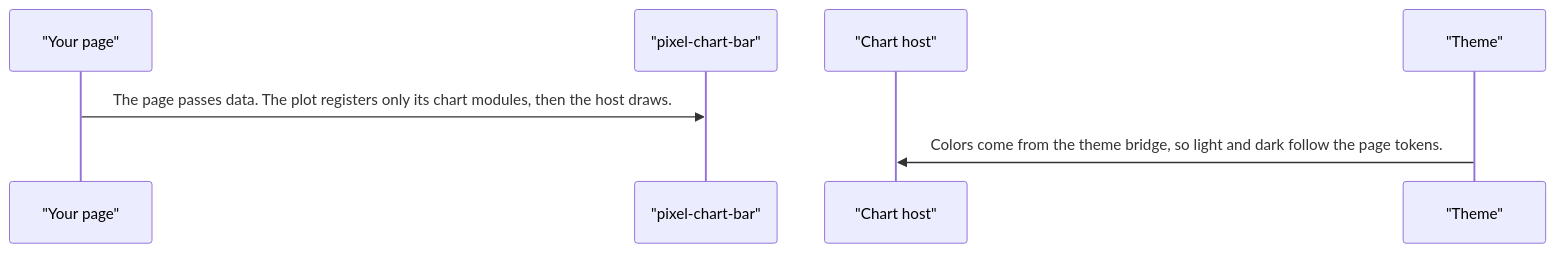
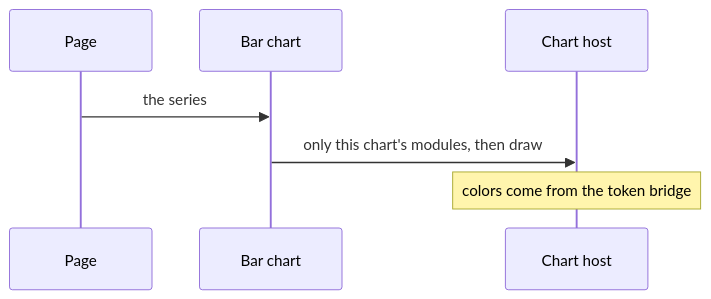
One commit to RajshekharBorate/pixel-ui changed the second of 5 diagrams in projects/pixel-ui/src/lib/pixel-chart-bar/DESIGN.md. Above: the diagram before and after it, drawn with Mermaid. The commit also changed other lines of this file and 73 other files, not shown here.

Commit message:
Explain who owns each value and what each flow does in every component and service design.

````diff
--- a/projects/pixel-ui/src/lib/pixel-chart-bar/DESIGN.md
+++ b/projects/pixel-ui/src/lib/pixel-chart-bar/DESIGN.md
@@ -59,9 +75,9 @@
 ```mermaid
 sequenceDiagram
-  participant page as "Your page"
-  participant plot as "pixel-chart-bar"
-  participant host as "Chart host"
-  participant theme as "Theme"
-  page->>plot: The page passes data. The plot registers only its chart modules, then the host draws.
-  theme->>host: Colors come from the theme bridge, so light and dark follow the page tokens.
+  participant Page
+  participant Plot as Bar chart
+  participant Host as Chart host
+  Page->>Plot: the series
+  Plot->>Host: only this chart's modules, then draw
+  Note over Host: colors come from the token bridge
 ```
````
